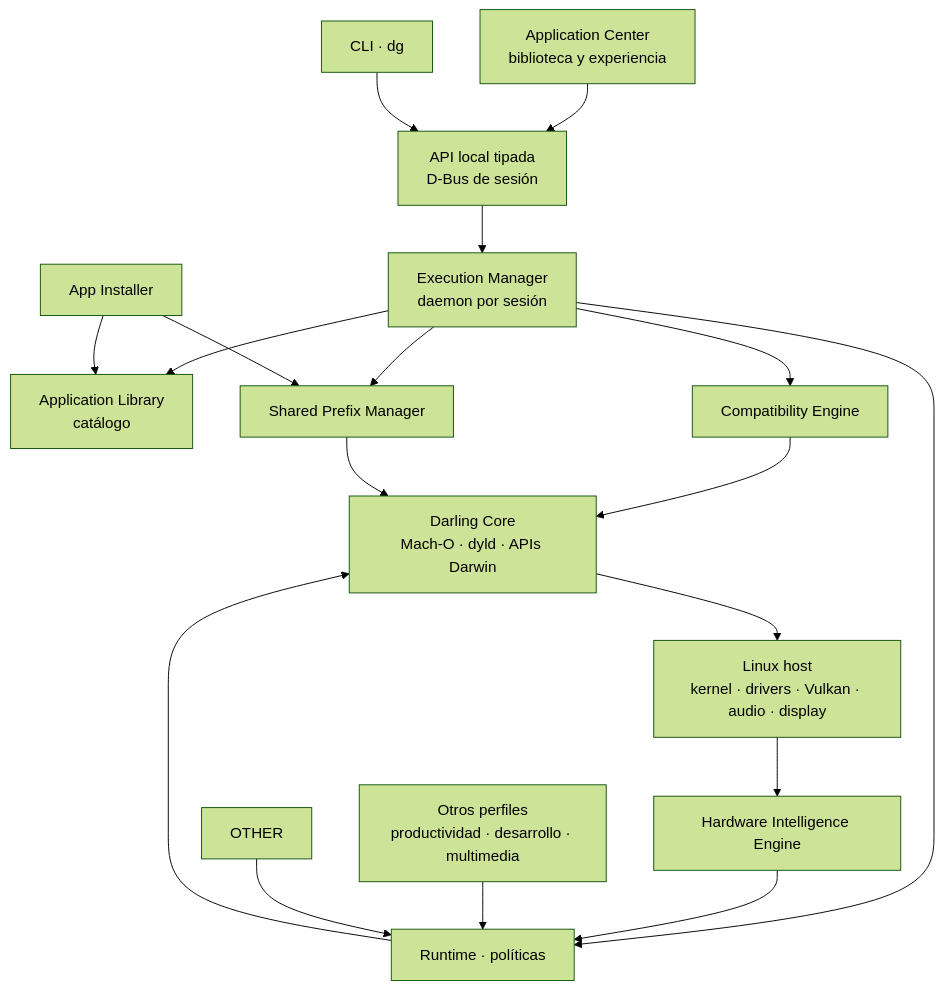
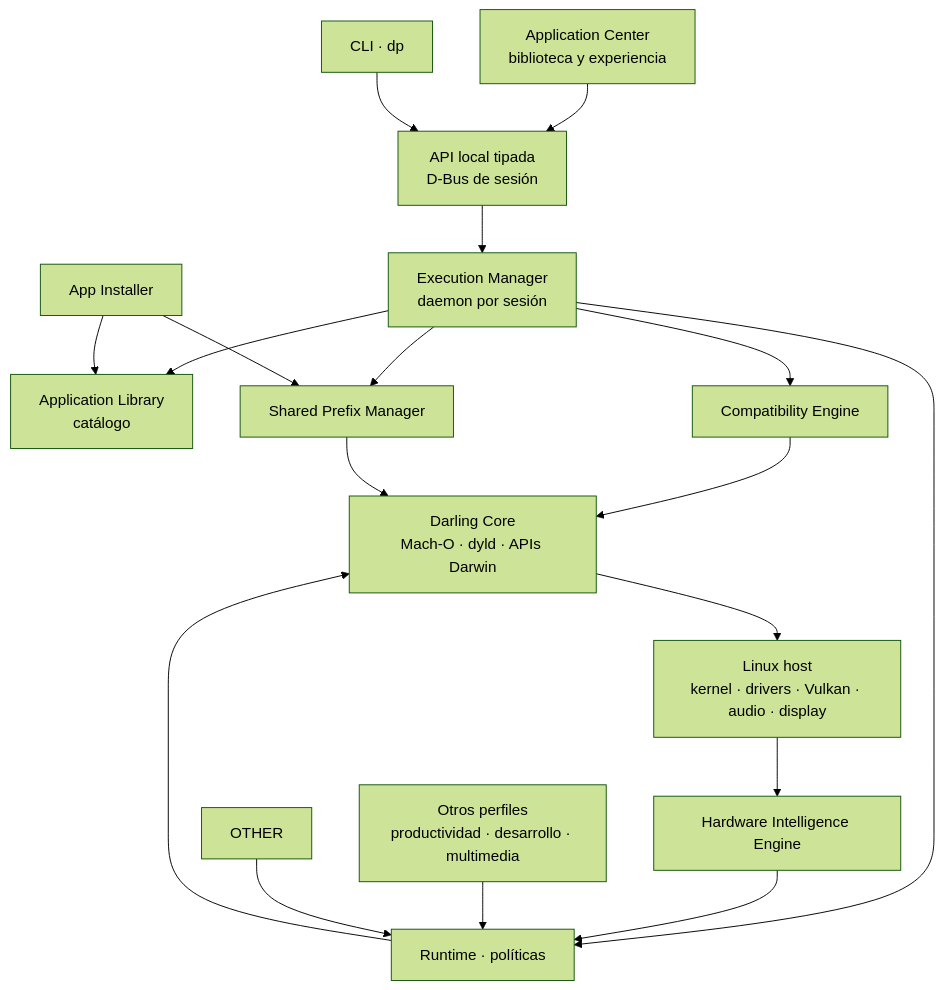
Before and after one commit to leav-dev/darling_plataform: the diagram in docs/architecture/overview.md, drawn with Mermaid (forest theme). The commit also changed other lines of this file and 2 other files, not shown here.

````diff
--- a/docs/architecture/overview.md
+++ b/docs/architecture/overview.md
@@ -27,34 +27,34 @@
 ```mermaid
 flowchart TB
     UI["Application Center<br/>biblioteca y experiencia"]
-    CLI["CLI · dg"]
+    CLI["CLI · dp"]
     IPC["API local tipada<br/>D-Bus de sesión"]
     DEM["Execution Manager<br/>daemon por sesión"]
     INSTALL["App Installer"]
     LIB["Application Library<br/>catálogo"]
     COMP["Compatibility Engine"]
     SPM["Shared Prefix Manager"]
     DHI["Hardware Intelligence Engine"]
     RUNTIME["Runtime · políticas"]
     PROFILE["Otros perfiles<br/>productividad · desarrollo · multimedia"]
     DARLING["Darling Core<br/>Mach-O · dyld · APIs Darwin"]
     HOST["Linux host<br/>kernel · drivers · Vulkan · audio · display"]
 
     UI --> IPC
     CLI --> IPC
     IPC --> DEM
     DEM --> LIB
     DEM --> SPM
     DEM --> COMP
     DEM --> RUNTIME
     INSTALL --> LIB
     INSTALL --> SPM
     COMP --> DARLING
     HOST --> DHI
     DHI --> RUNTIME
     RUNTIME --> DARLING
     PROFILE --> RUNTIME
     OTHER --> RUNTIME
     SPM --> DARLING
     DARLING --> HOST
 ```
````
